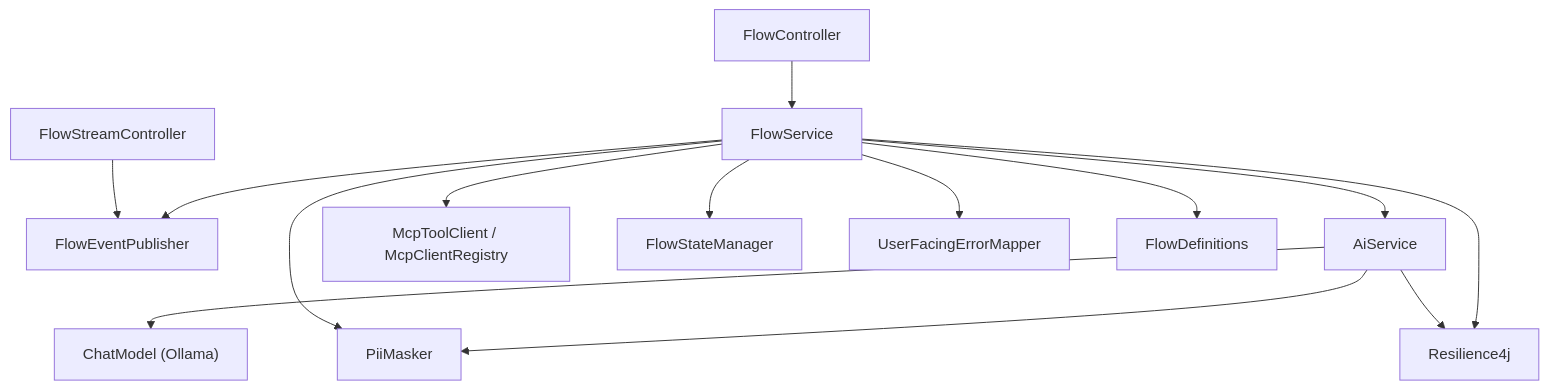
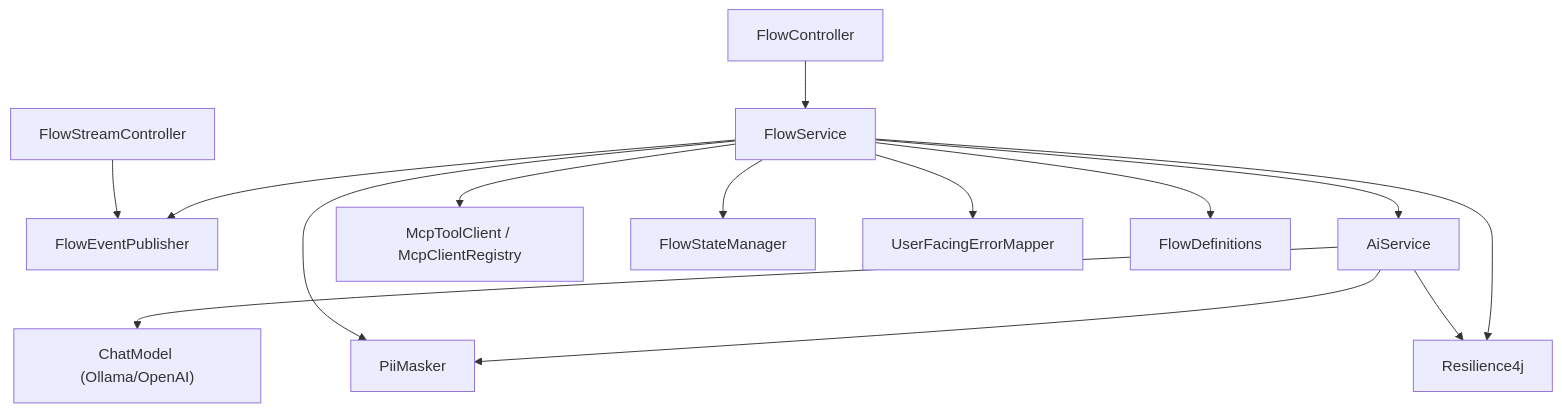
Before and after one commit to Jesusgarzazacamolpa/agent-orquestator: the diagram in docs/03-codigo-orquestador.md, drawn with Mermaid. The commit also changed other lines of this file and 13 other files, not shown here.

````diff
--- a/docs/03-codigo-orquestador.md
+++ b/docs/03-codigo-orquestador.md
@@ -42,16 +42,16 @@
 ```mermaid
 flowchart TD
     FC["FlowController"] --> FS["FlowService"]
     FSC["FlowStreamController"] --> FEP["FlowEventPublisher"]
     FS --> AI["AiService"]
     FS --> MCP["McpToolClient / McpClientRegistry"]
     FS --> FSM["FlowStateManager"]
     FS --> FEP
     FS --> UFE["UserFacingErrorMapper"]
     FS --> PII["PiiMasker"]
     FS --> FD["FlowDefinitions"]
-    AI --> CM["ChatModel (Ollama)"]
+    AI --> CM["ChatModel (Ollama/OpenAI)"]
     AI --> PII
     AI --> CB["Resilience4j"]
     FS --> CB
 ```
````
